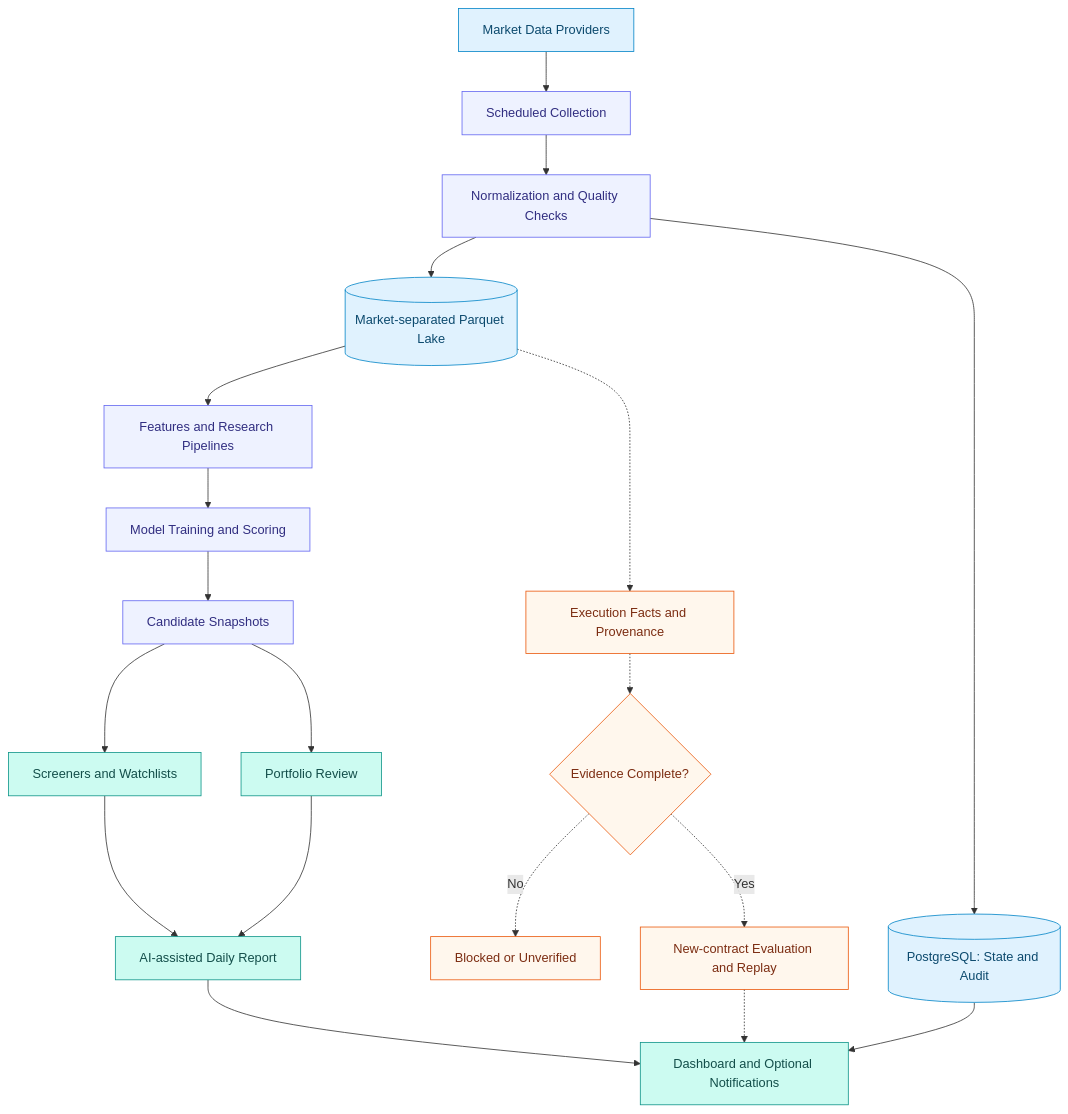
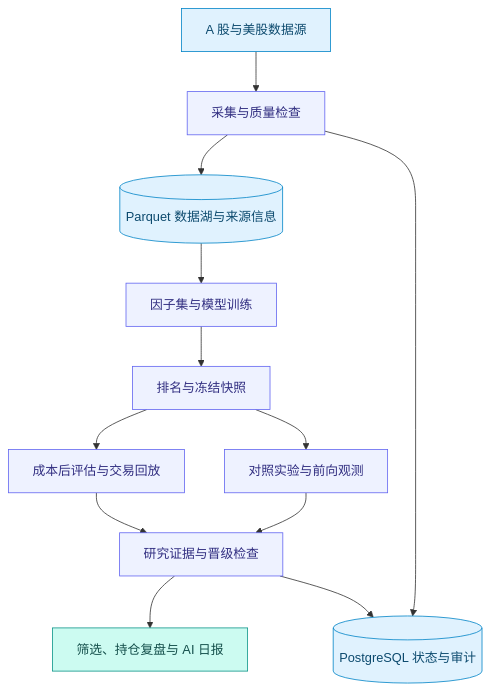
Before and after one commit to free2way/ana-stock: the diagram in README.zh-CN.md, drawn with Mermaid. The commit also changed other lines of this file and 1 other file, not shown here.

Commit message:
docs: position ANA as an evidence-driven quant research platform

````diff
--- a/README.zh-CN.md
+++ b/README.zh-CN.md
@@ -65,29 +74,20 @@
 ```mermaid
 flowchart TD
-    A[Market Data Providers] --> B[Scheduled Collection]
-    B --> C[Normalization and Quality Checks]
-    C --> D[(Market-separated Parquet Lake)]
-    C --> E[(PostgreSQL: State and Audit)]
-    D --> F[Features and Research Pipelines]
-    F --> G[Model Training and Scoring]
-    G --> H[Candidate Snapshots]
-    H --> I[Screeners and Watchlists]
-    H --> J[Portfolio Review]
-    I --> K[AI-assisted Daily Report]
-    J --> K
-    K --> L[Dashboard and Optional Notifications]
-    E --> L
-    D -.-> M[Execution Facts and Provenance]
-    M -.-> N{Evidence Complete?}
-    N -. No .-> O[Blocked or Unverified]
-    N -. Yes .-> P[New-contract Evaluation and Replay]
-    P -.-> L
+    A[A 股与美股数据源] --> B[采集与质量检查]
+    B --> C[(Parquet 数据湖与来源信息)]
+    C --> D[因子集与模型训练]
+    D --> E[排名与冻结快照]
+    E --> F[成本后评估与交易回放]
+    E --> G[对照实验与前向观测]
+    F --> H[研究证据与晋级检查]
+    G --> H
+    H --> I[筛选、持仓复盘与 AI 日报]
+    B --> J[(PostgreSQL 状态与审计)]
+    H --> J
     classDef data fill:#e0f2fe,stroke:#0284c7,color:#0c4a6e;
     classDef work fill:#eef2ff,stroke:#6366f1,color:#312e81;
     classDef view fill:#ccfbf1,stroke:#0d9488,color:#134e4a;
-    classDef gate fill:#fff7ed,stroke:#ea580c,color:#7c2d12;
-    class A,D,E data;
-    class B,C,F,G,H work;
-    class I,J,K,L view;
-    class M,N,O,P gate;
+    class A,C,J data;
+    class B,D,E,F,G,H work;
+    class I view;
 ```
````
